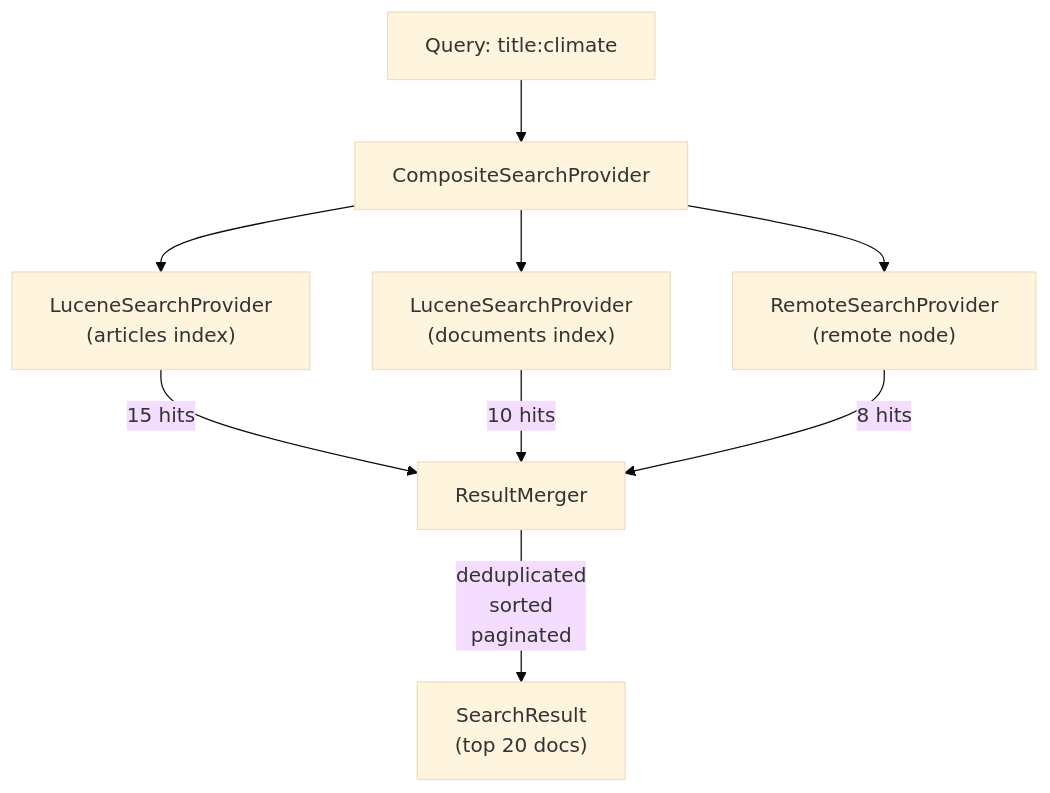
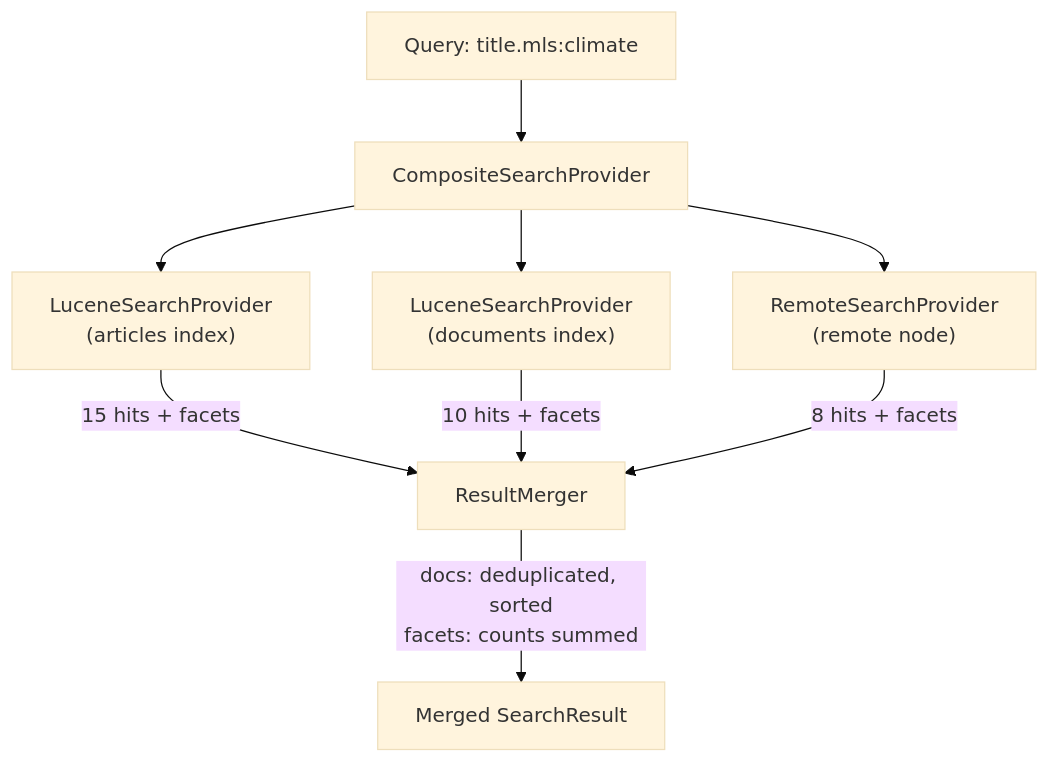
Before and after one commit to geekychris/hitorro-retrieval: the third of 4 diagrams in README.md, drawn with Mermaid (base theme). The commit also changed other lines of this file, not shown here.

````diff
--- a/README.md
+++ b/README.md
@@ -183,11 +174,11 @@
 ```mermaid
 flowchart TB
-    Q["Query: title:climate"] --> CSP["CompositeSearchProvider"]
+    Q["Query: title.mls:climate"] --> CSP["CompositeSearchProvider"]
     CSP --> P1["LuceneSearchProvider\n(articles index)"]
     CSP --> P2["LuceneSearchProvider\n(documents index)"]
     CSP --> P3["RemoteSearchProvider\n(remote node)"]
-    P1 -->|"15 hits"| Merge["ResultMerger"]
-    P2 -->|"10 hits"| Merge
-    P3 -->|"8 hits"| Merge
-    Merge -->|"deduplicated\nsorted\npaginated"| Result["SearchResult\n(top 20 docs)"]
+    P1 -->|"15 hits + facets"| Merge["ResultMerger"]
+    P2 -->|"10 hits + facets"| Merge
+    P3 -->|"8 hits + facets"| Merge
+    Merge -->|"docs: deduplicated, sorted\nfacets: counts summed"| Result["Merged SearchResult"]
 ```
````
